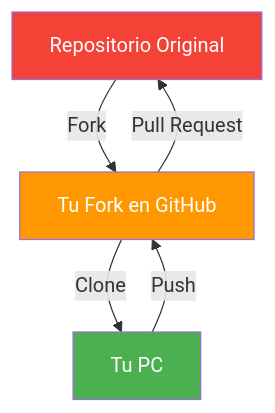
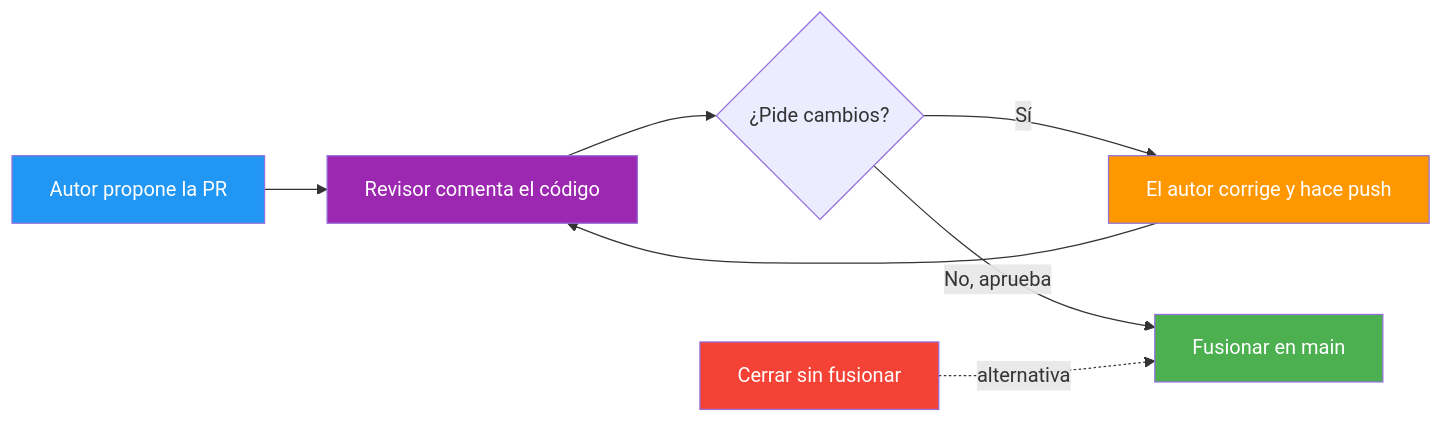
One commit to joseluisgs/EntornosDesarrollo-03-2026-2027 changed the third of 15 diagrams in 04-colaboracion.md. Above: the diagram before and after it, drawn with Mermaid. The commit also changed other lines of this file and 20 other files, not shown here.

Commit message:
[docs] UD03: Reestructurar la seccion de Pull Requests (4.1) y dejar el Fork (4.2) sin duplicar la PR

````diff
--- a/04-colaboracion.md
+++ b/04-colaboracion.md
@@ -241,11 +351,14 @@
 ```mermaid
-graph TD
-    A[Repositorio Original] -->|Fork| B[Tu Fork en GitHub]
-    B -->|Clone| C[Tu PC]
-    C -->|Push| B
-    B -->|Pull Request| A
-    
-    style A fill:#f44336,color:#fff
-    style B fill:#FF9800,color:#fff
-    style C fill:#4CAF50,color:#fff
+graph LR
+    A[Autor propone la PR] --> B[Revisor comenta el código]
+    B --> C{¿Pide cambios?}
+    C -->|Sí| D[El autor corrige y hace push]
+    D --> B
+    C -->|No, aprueba| E[Fusionar en main]
+    F[Cerrar sin fusionar] -.->|alternativa| E
+    style A fill:#2196F3,color:#fff
+    style B fill:#9C27B0,color:#fff
+    style D fill:#FF9800,color:#fff
+    style E fill:#4CAF50,color:#fff
+    style F fill:#f44336,color:#fff
 ```
````
